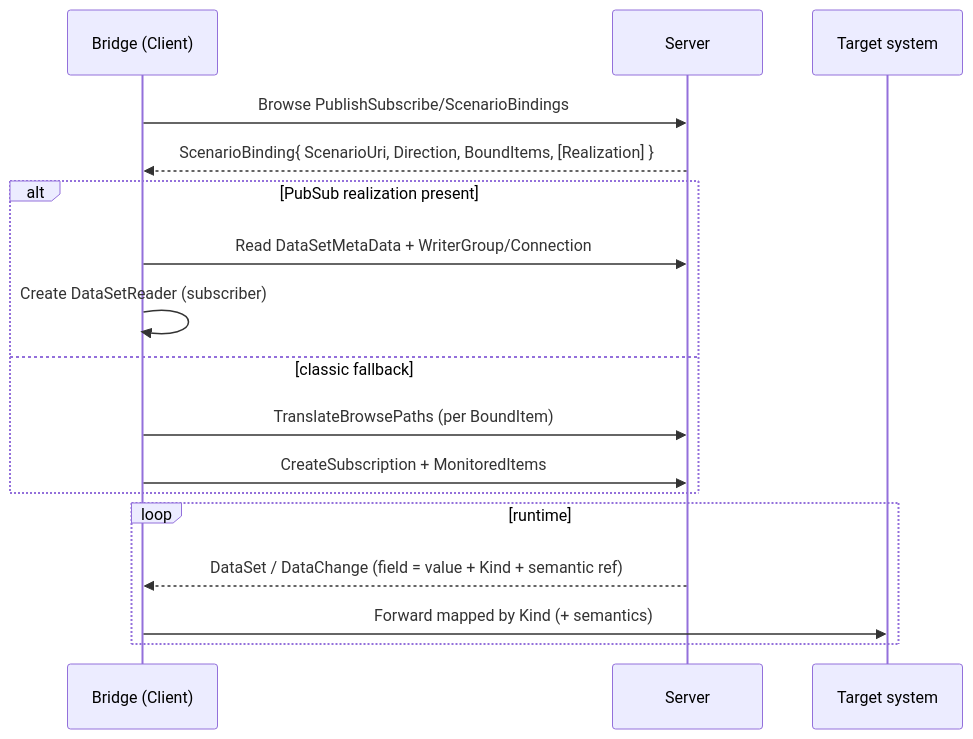
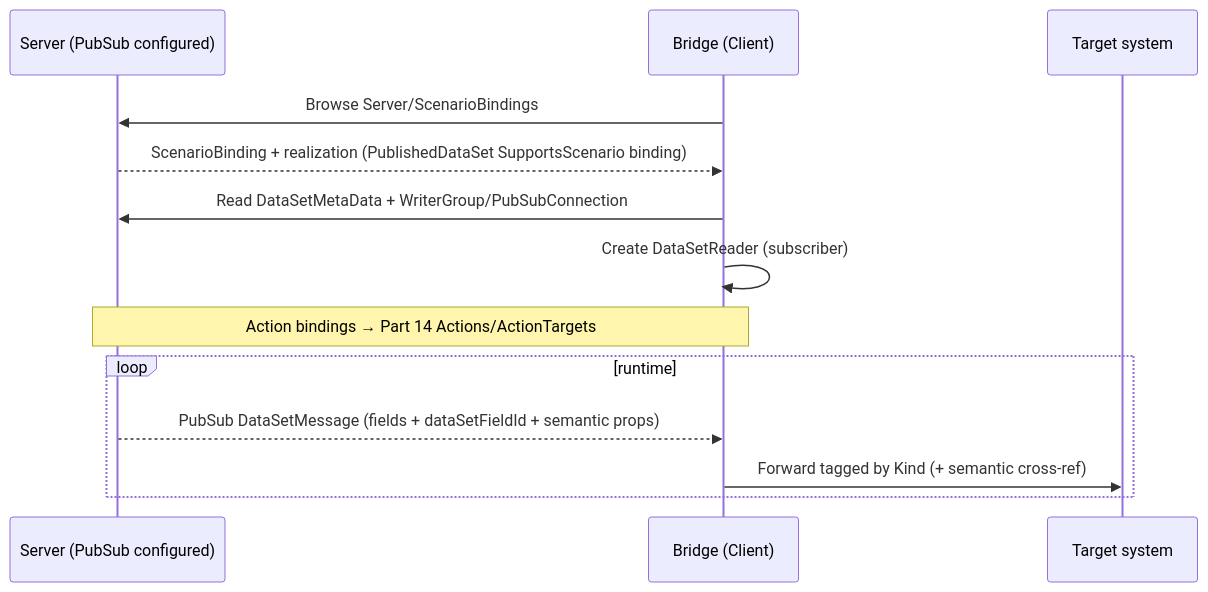
The third of 3 diagrams in core-specs/pubsub-binding/OPC-UA-PubSub-Scenario-Binding.md (marcschier/opcua-drafts), drawn with Mermaid before and after one commit. The commit also changed other lines of this file and 4 other files, not shown here.

````diff
--- a/core-specs/pubsub-binding/OPC-UA-PubSub-Scenario-Binding.md
+++ b/core-specs/pubsub-binding/OPC-UA-PubSub-Scenario-Binding.md
@@ -183,19 +254,15 @@
 ```mermaid
 sequenceDiagram
+  participant S as Server (PubSub configured)
   participant B as Bridge (Client)
-  participant S as Server
   participant X as Target system
-  B->>S: Browse PublishSubscribe/ScenarioBindings
-  S-->>B: ScenarioBinding{ ScenarioUri, Direction, BoundItems, [Realization] }
-  alt PubSub realization present
-    B->>S: Read DataSetMetaData + WriterGroup/Connection
-    B->>B: Create DataSetReader (subscriber)
-  else classic fallback
-    B->>S: TranslateBrowsePaths (per BoundItem)
-    B->>S: CreateSubscription + MonitoredItems
-  end
+  B->>S: Browse Server/ScenarioBindings
+  S-->>B: ScenarioBinding + realization (PublishedDataSet SupportsScenario binding)
+  B->>S: Read DataSetMetaData + WriterGroup/PubSubConnection
+  B->>B: Create DataSetReader (subscriber)
+  Note over S,B: Action bindings → Part 14 Actions/ActionTargets
   loop runtime
-    S-->>B: DataSet / DataChange (field = value + Kind + semantic ref)
-    B->>X: Forward mapped by Kind (+ semantics)
+    S-->>B: PubSub DataSetMessage (fields + dataSetFieldId + semantic props)
+    B->>X: Forward tagged by Kind (+ semantic cross-ref)
   end
 ```
````
